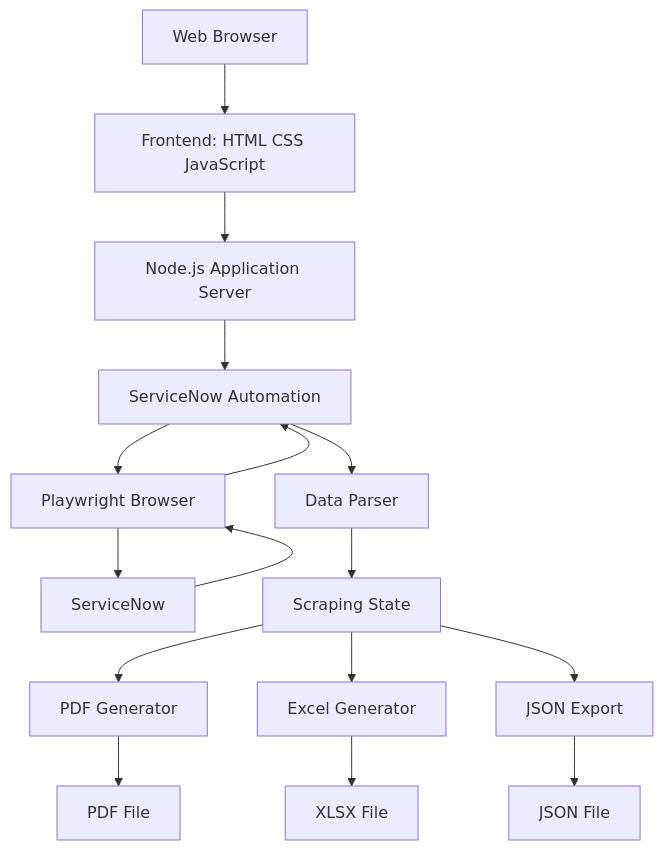
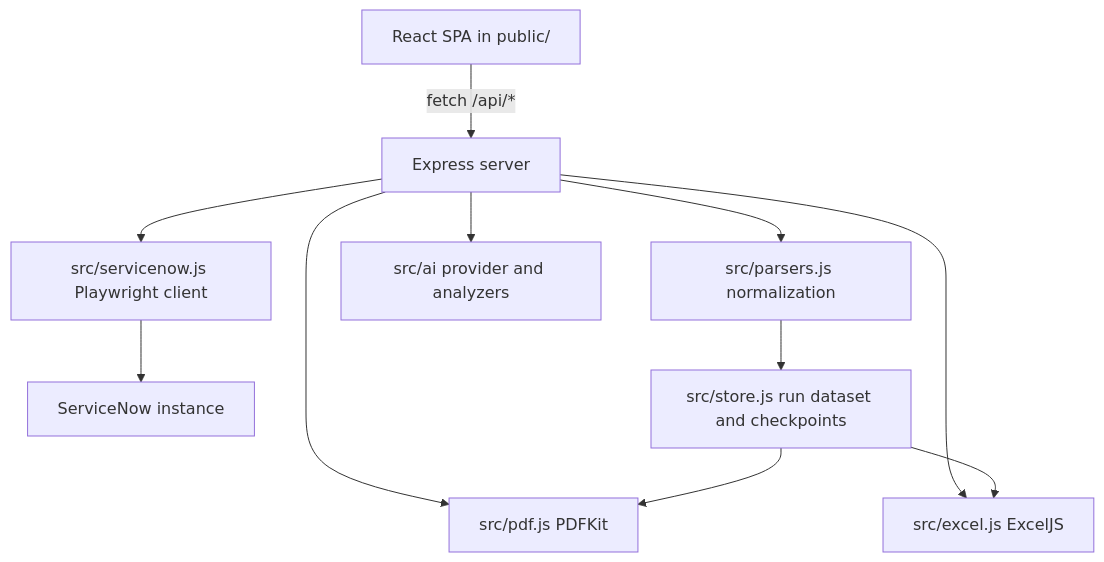
Before and after one commit to wawazer/ScrapeChangeTicket: the diagram in README.md, drawn with Mermaid. The commit also changed other lines of this file and 1 other file, not shown here.

Commit message:
refactor: update README for clarity and structure; enhance feature descriptions and API reference

````diff
--- a/README.md
+++ b/README.md
@@ -139,21 +84,13 @@
 ```mermaid
 flowchart TD
-    A[Web Browser] --> B[Frontend: HTML CSS JavaScript]
-    B --> C[Node.js Application Server]
-    C --> D[ServiceNow Automation]
-    D --> E[Playwright Browser]
-    E --> F[ServiceNow]
-
-    F --> E
-    E --> D
-    D --> G[Data Parser]
-    G --> H[Scraping State]
-
-    H --> I[PDF Generator]
-    H --> J[Excel Generator]
-    H --> K[JSON Export]
-
-    I --> L[PDF File]
-    J --> M[XLSX File]
-    K --> N[JSON File]
+    A[React SPA in public/] -->|fetch /api/*| B[Express server]
+    B --> C[src/servicenow.js Playwright client]
+    C --> D[ServiceNow instance]
+    B --> E[src/parsers.js normalization]
+    B --> F[src/pdf.js PDFKit]
+    B --> G[src/excel.js ExcelJS]
+    B --> H[src/ai provider and analyzers]
+    E --> I[src/store.js run dataset and checkpoints]
+    I --> F
+    I --> G
 ```
````
